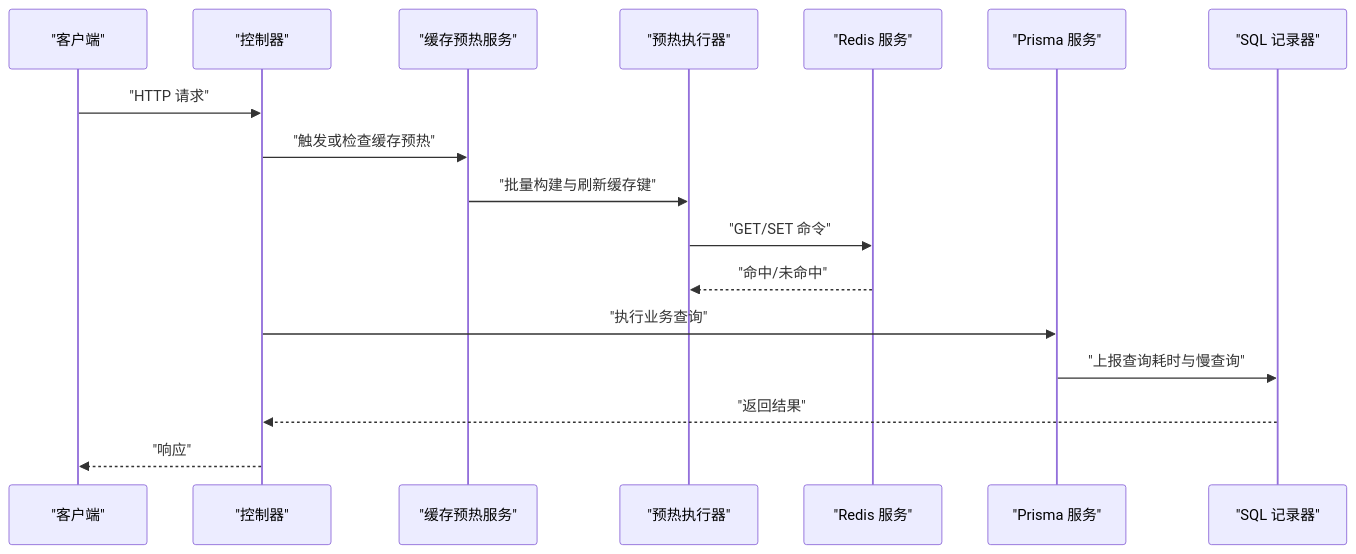
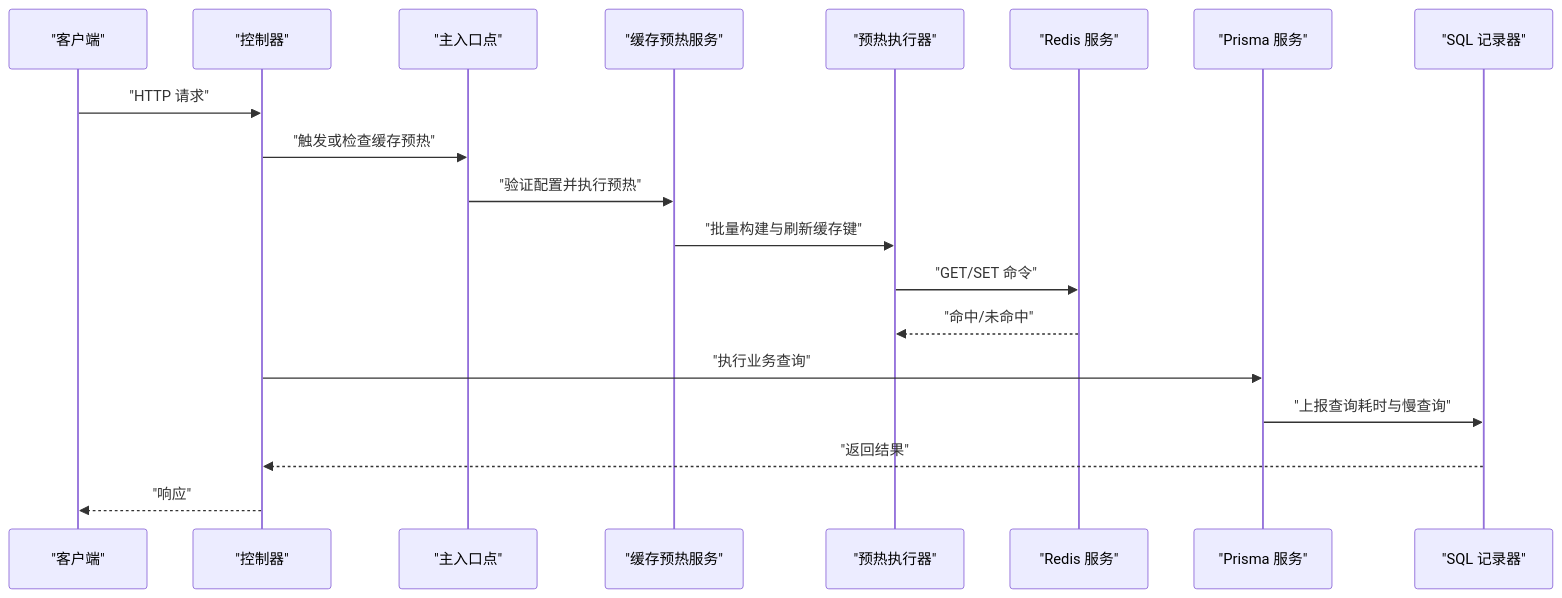
One commit to rc558620/purelyprofit-server changed the second of 7 diagrams in .qoder/repowiki/zh/content/开发指南/性能优化.md. Above: the diagram before and after it, drawn with Mermaid. The commit also changed other lines of this file and 65 other files, not shown here.

````diff
--- a/.qoder/repowiki/zh/content/开发指南/性能优化.md
+++ b/.qoder/repowiki/zh/content/开发指南/性能优化.md
@@ -130,19 +166,21 @@
 ```mermaid
 sequenceDiagram
 participant Client as "客户端"
 participant Ctrl as "控制器"
+participant Main as "主入口点"
 participant Prewarm as "缓存预热服务"
 participant Exec as "预热执行器"
 participant Redis as "Redis 服务"
 participant Prisma as "Prisma 服务"
 participant Recorder as "SQL 记录器"
 Client->>Ctrl : "HTTP 请求"
-Ctrl->>Prewarm : "触发或检查缓存预热"
+Ctrl->>Main : "触发或检查缓存预热"
+Main->>Prewarm : "验证配置并执行预热"
 Prewarm->>Exec : "批量构建与刷新缓存键"
 Exec->>Redis : "GET/SET 命令"
 Redis-->>Exec : "命中/未命中"
 Ctrl->>Prisma : "执行业务查询"
 Prisma->>Recorder : "上报查询耗时与慢查询"
 Recorder-->>Ctrl : "返回结果"
 Ctrl-->>Client : "响应"
 ```
````
